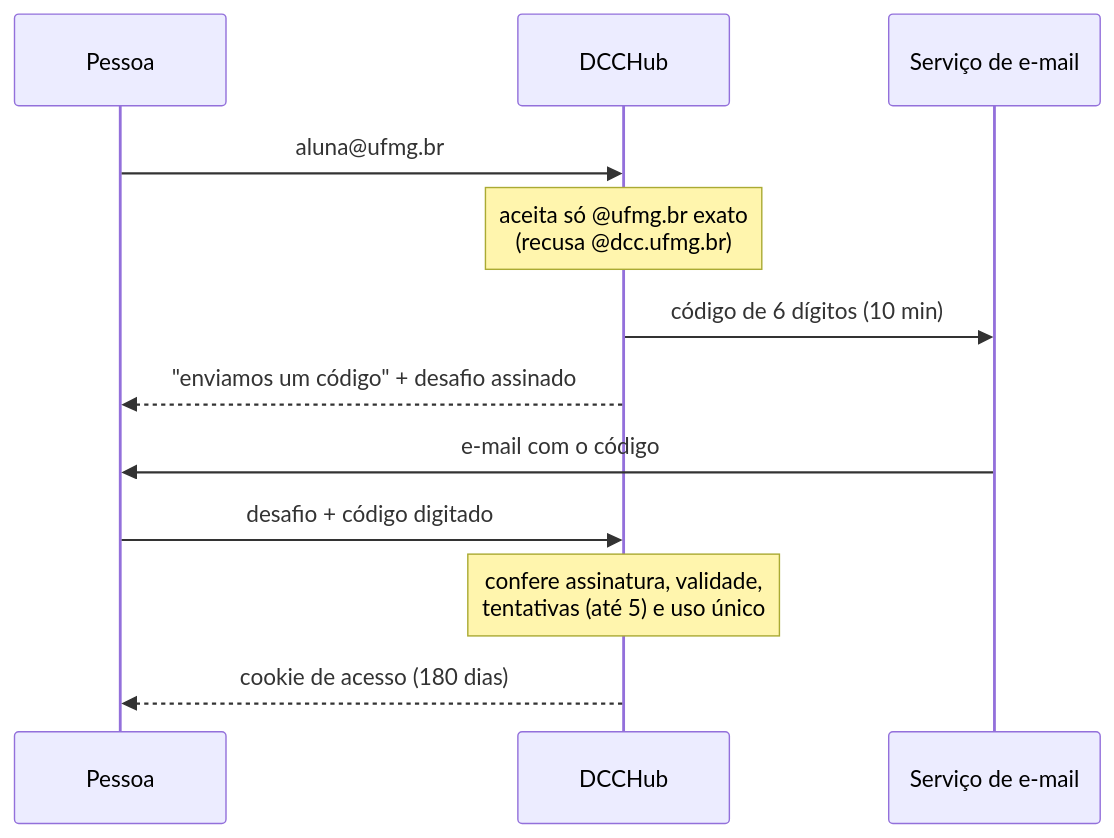
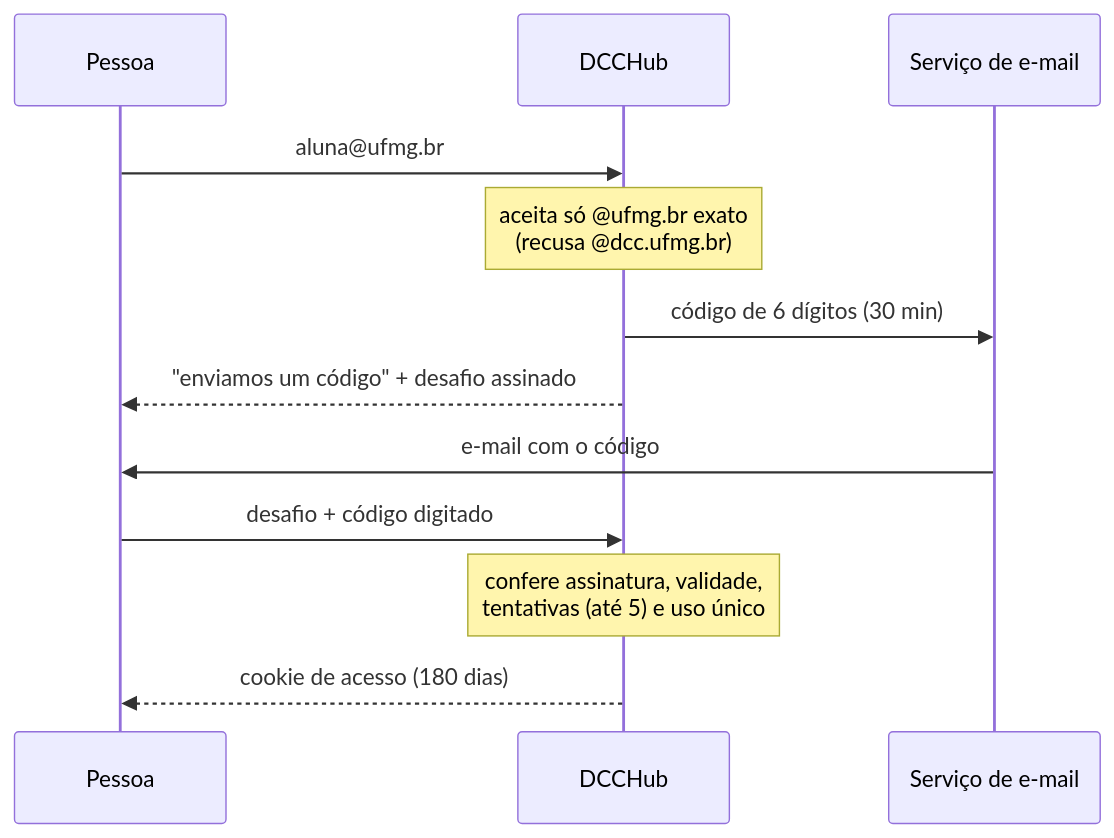
Before and after one commit to amaralthalesalves/dcchub: the diagram in docs/comunidade-e-privacidade.md, drawn with Mermaid. The commit also changed other lines of this file and 5 other files, not shown here.

````diff
--- a/docs/comunidade-e-privacidade.md
+++ b/docs/comunidade-e-privacidade.md
@@ -18,14 +18,14 @@
 ```mermaid
 sequenceDiagram
   participant P as Pessoa
   participant S as DCCHub
   participant E as Serviço de e-mail
   P->>S: aluna@ufmg.br
   Note over S: aceita só @ufmg.br exato<br>(recusa @dcc.ufmg.br)
-  S->>E: código de 6 dígitos (10 min)
+  S->>E: código de 6 dígitos (30 min)
   S-->>P: "enviamos um código" + desafio assinado
   E->>P: e-mail com o código
   P->>S: desafio + código digitado
   Note over S: confere assinatura, validade,<br>tentativas (até 5) e uso único
   S-->>P: cookie de acesso (180 dias)
 ```
````
